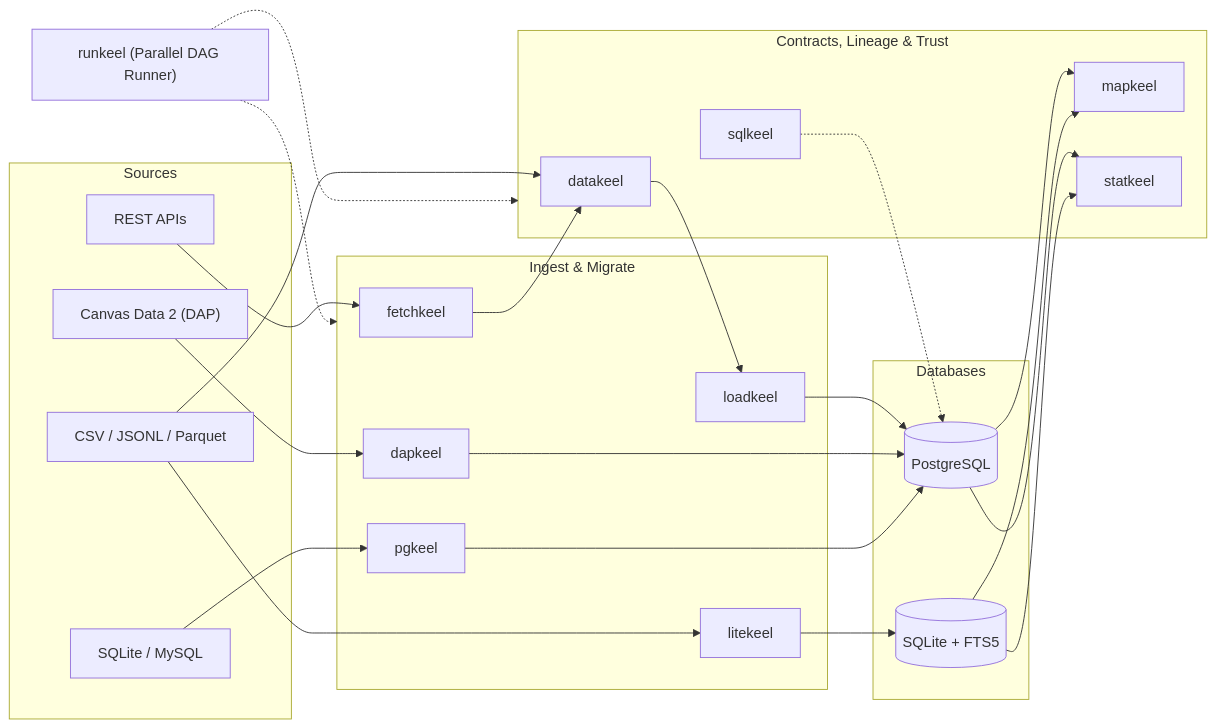
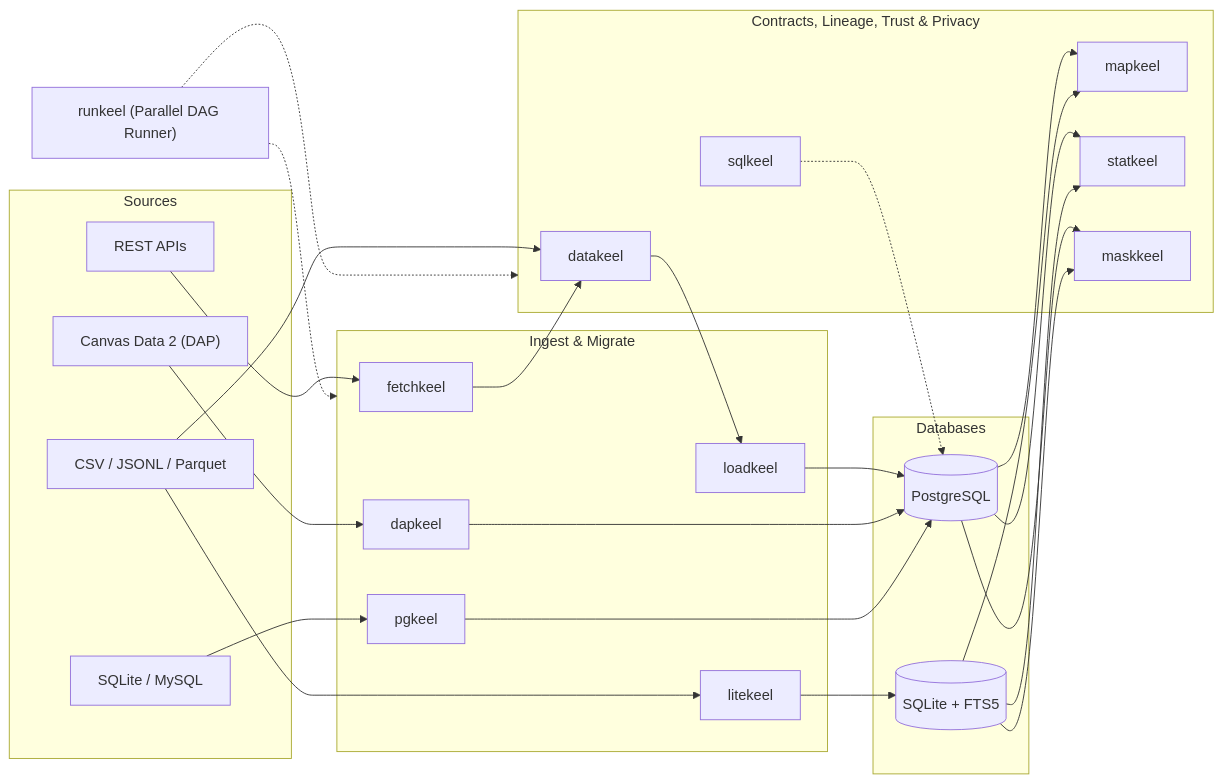
Before and after one commit to robertguss/keel-stack: the diagram in README.md, drawn with Mermaid. The commit also changed other lines of this file and 4 other files, not shown here.

Commit message:
feat: add maskkeel (11-tool Keel Data Stack) and statkeel v0.3.0 trust assertions

````diff
--- a/README.md
+++ b/README.md
@@ -14,44 +14,47 @@
 ```mermaid
 flowchart LR
     subgraph Sources
         API["REST APIs"]
         DAP["Canvas Data 2 (DAP)"]
         FILES["CSV / JSONL / Parquet"]
         LEGACY["SQLite / MySQL"]
     end
 
     subgraph Ingest["Ingest & Migrate"]
         FK["fetchkeel"]
         DKP["dapkeel"]
         LK["loadkeel"]
         PGK["pgkeel"]
         LTK["litekeel"]
     end
 
     subgraph Storage["Databases"]
         PG[("PostgreSQL")]
         SQ[("SQLite + FTS5")]
     end
 
-    subgraph Quality["Contracts, Lineage & Trust"]
+    subgraph Quality["Contracts, Lineage, Trust & Privacy"]
         DTK["datakeel"]
         SQK["sqlkeel"]
         MK["mapkeel"]
         STK["statkeel"]
+        MSK["maskkeel"]
     end
 
     RK["runkeel (Parallel DAG Runner)"]
 
     API --> FK --> DTK --> LK --> PG
     DAP --> DKP --> PG
     FILES --> DTK
     FILES --> LTK --> SQ
     LEGACY --> PGK --> PG
     PG --> MK
     PG --> STK
+    PG --> MSK
     SQ --> MK
     SQ --> STK
+    SQ --> MSK
     SQK -.-> PG
     RK -.-> Ingest
     RK -.-> Quality
 ```
````
